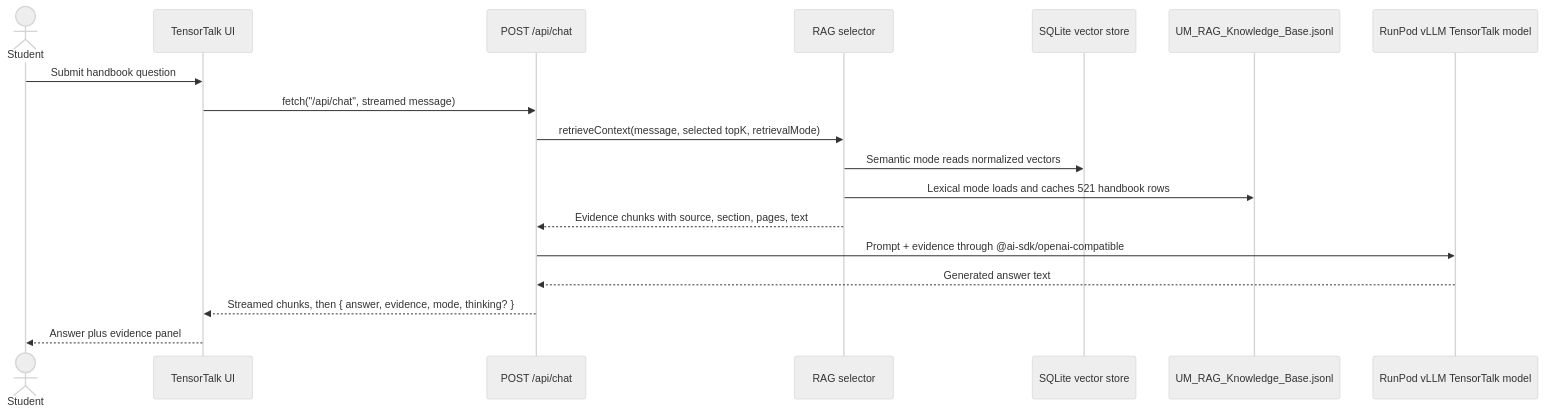
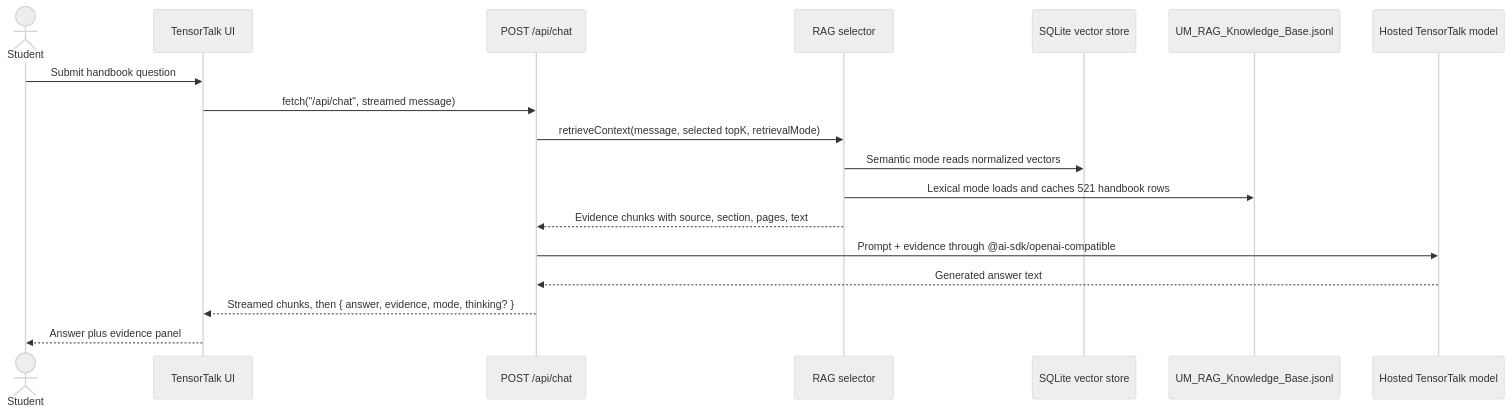
One commit to nfdlh/tensor-talk changed the diagram in docs/architecture.md. Above: the diagram before and after it, drawn with Mermaid (neutral theme). The commit also changed other lines of this file and 16 other files, not shown here.

Commit message:
docs: refresh TensorTalk documentation

````diff
--- a/docs/architecture.md
+++ b/docs/architecture.md
@@ -7,21 +7,21 @@
 ```mermaid
 sequenceDiagram
   actor Student
   participant UI as TensorTalk UI
   participant API as POST /api/chat
   participant RAG as RAG selector
   participant Vectors as SQLite vector store
   participant KB as UM_RAG_Knowledge_Base.jsonl
-  participant Model as RunPod vLLM TensorTalk model
+  participant Model as Hosted TensorTalk model
 
   Student->>UI: Submit handbook question
   UI->>API: fetch("/api/chat", streamed message)
   API->>RAG: retrieveContext(message, selected topK, retrievalMode)
   RAG->>Vectors: Semantic mode reads normalized vectors
   RAG->>KB: Lexical mode loads and caches 521 handbook rows
   RAG-->>API: Evidence chunks with source, section, pages, text
   API->>Model: Prompt + evidence through @ai-sdk/openai-compatible
   Model-->>API: Generated answer text
   API-->>UI: Streamed chunks, then { answer, evidence, mode, thinking? }
   UI-->>Student: Answer plus evidence panel
 ```
````
